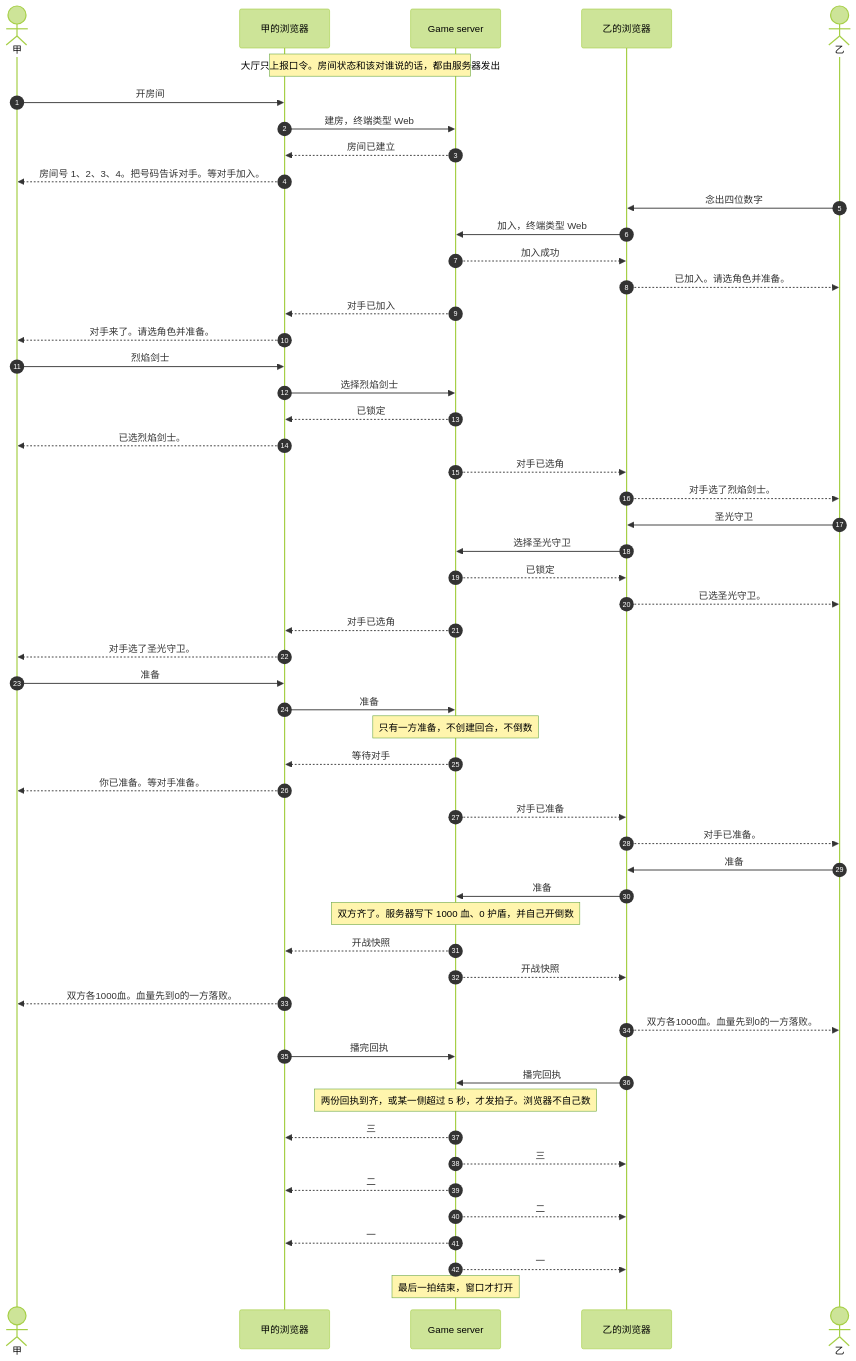
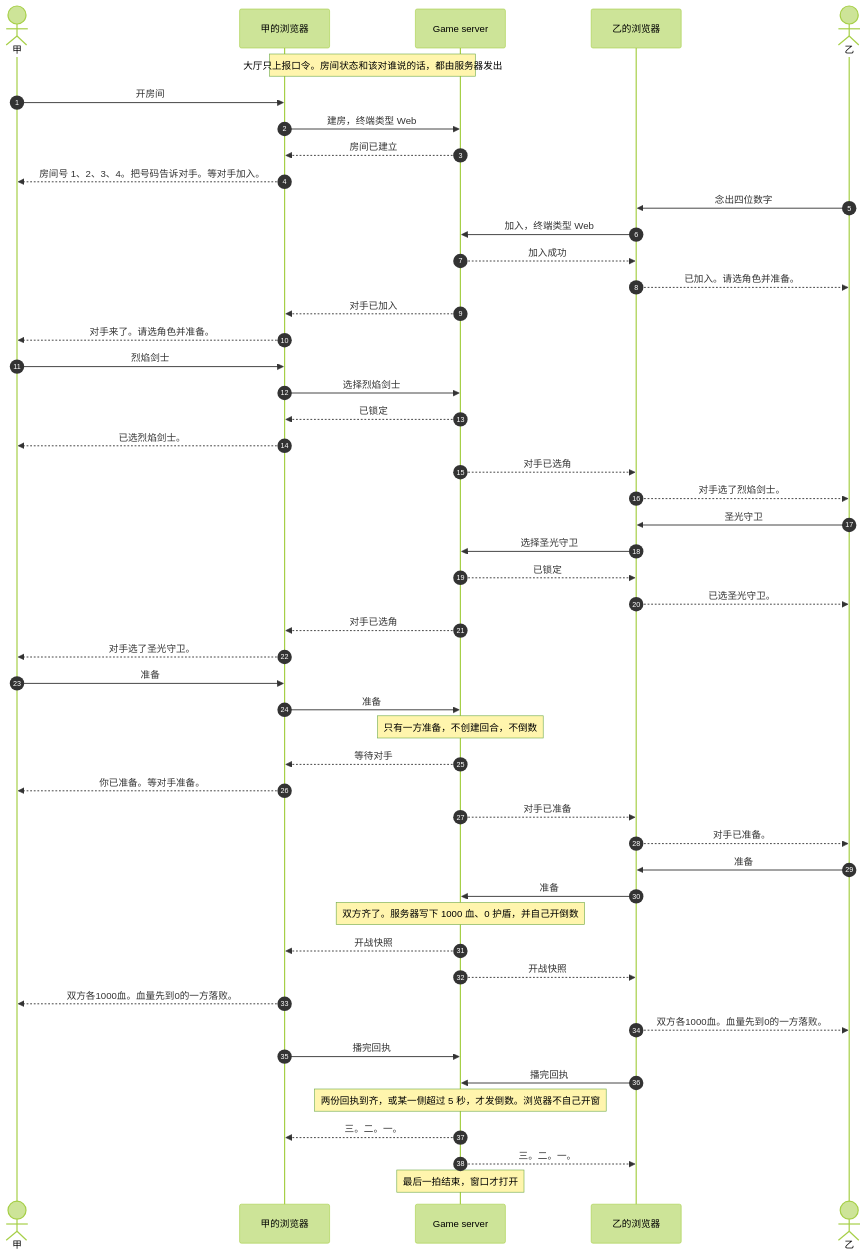
One commit to wilcosheh/lieyanliaoyuan changed the first of 6 diagrams in docs/交互设计.md. Above: the diagram before and after it, drawn with Mermaid (forest theme). The commit also changed other lines of this file and 6 other files, not shown here.

````diff
--- a/docs/交互设计.md
+++ b/docs/交互设计.md
@@ -239,57 +243,53 @@
 ```mermaid
 sequenceDiagram
     autonumber
     actor 甲
     participant WA as 甲的浏览器
     participant GS as Game server
     participant WB as 乙的浏览器
     actor 乙
 
     Note over WA, GS: 大厅只上报口令。房间状态和该对谁说的话，都由服务器发出
     甲->>WA: 开房间
     WA->>GS: 建房，终端类型 Web
     GS-->>WA: 房间已建立
     WA-->>甲: 房间号 1、2、3、4。把号码告诉对手。等对手加入。
     乙->>WB: 念出四位数字
     WB->>GS: 加入，终端类型 Web
     GS-->>WB: 加入成功
     WB-->>乙: 已加入。请选角色并准备。
     GS-->>WA: 对手已加入
     WA-->>甲: 对手来了。请选角色并准备。
     甲->>WA: 烈焰剑士
     WA->>GS: 选择烈焰剑士
     GS-->>WA: 已锁定
     WA-->>甲: 已选烈焰剑士。
     GS-->>WB: 对手已选角
     WB-->>乙: 对手选了烈焰剑士。
     乙->>WB: 圣光守卫
     WB->>GS: 选择圣光守卫
     GS-->>WB: 已锁定
     WB-->>乙: 已选圣光守卫。
     GS-->>WA: 对手已选角
     WA-->>甲: 对手选了圣光守卫。
     甲->>WA: 准备
     WA->>GS: 准备
     Note over GS: 只有一方准备，不创建回合，不倒数
     GS-->>WA: 等待对手
     WA-->>甲: 你已准备。等对手准备。
     GS-->>WB: 对手已准备
     WB-->>乙: 对手已准备。
     乙->>WB: 准备
     WB->>GS: 准备
     Note over GS: 双方齐了。服务器写下 1000 血、0 护盾，并自己开倒数
     GS-->>WA: 开战快照
     GS-->>WB: 开战快照
     WA-->>甲: 双方各1000血。血量先到0的一方落败。
     WB-->>乙: 双方各1000血。血量先到0的一方落败。
     WA->>GS: 播完回执
     WB->>GS: 播完回执
-    Note over GS: 两份回执到齐，或某一侧超过 5 秒，才发拍子。浏览器不自己数
-    GS-->>WA: 三
-    GS-->>WB: 三
-    GS-->>WA: 二
-    GS-->>WB: 二
-    GS-->>WA: 一
-    GS-->>WB: 一
+    Note over GS: 两份回执到齐，或某一侧超过 5 秒，才发倒数。浏览器不自己开窗
+    GS-->>WA: 三。二。一。
+    GS-->>WB: 三。二。一。
     Note over GS: 最后一拍结束，窗口才打开
 ```
````
